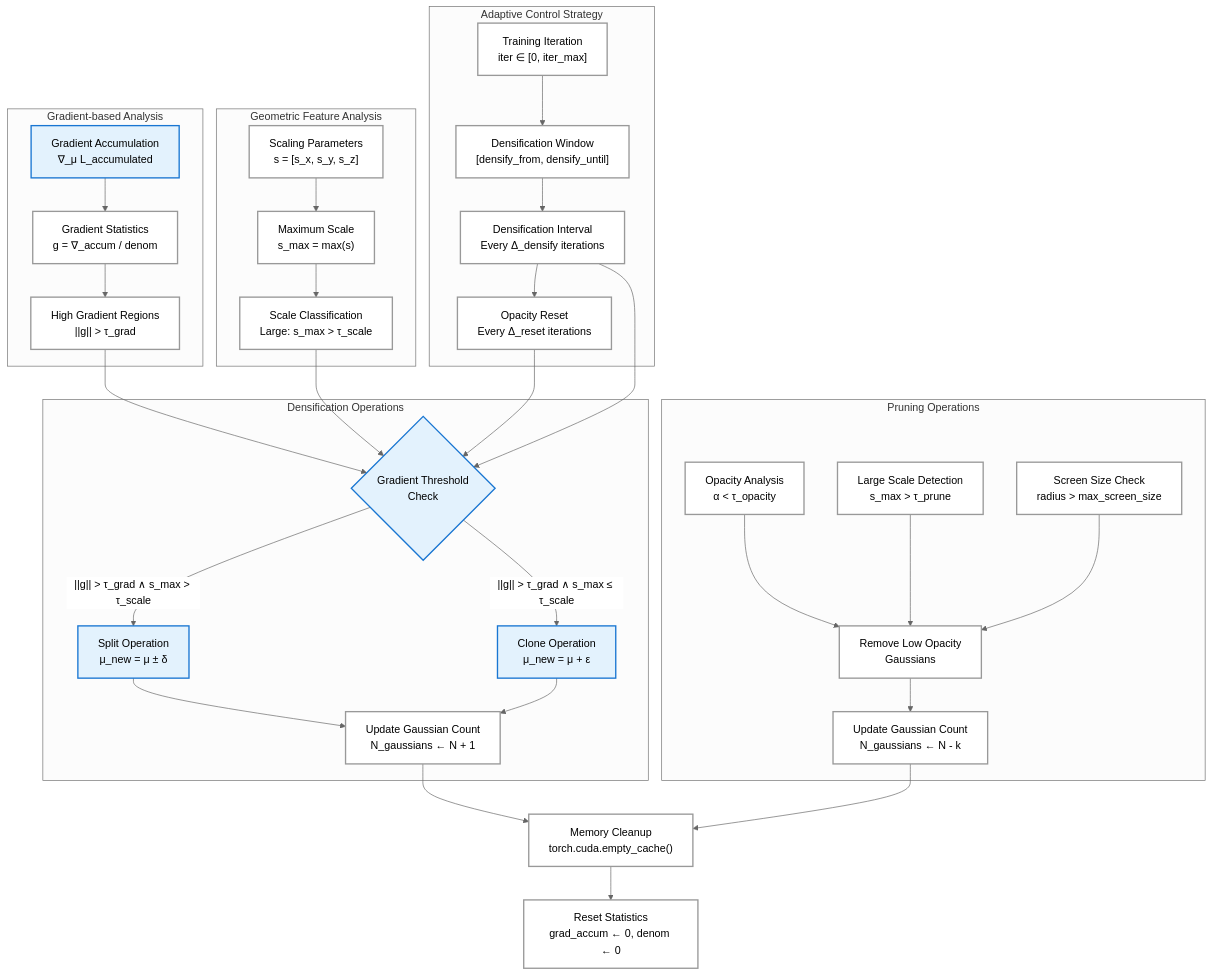
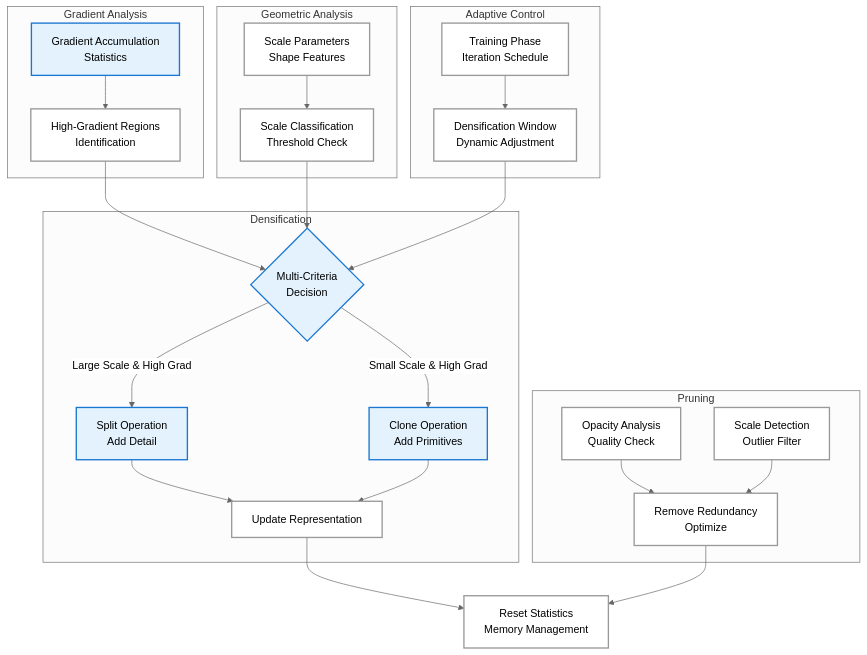
The diagram in figures/mmd/gaussian_densification.mmd (charles1614/thuthesis), drawn with Mermaid (neutral theme) before and after one commit. The commit also changed 14 other files, not shown here.

```diff
--- a/figures/mmd/gaussian_densification.mmd
+++ b/figures/mmd/gaussian_densification.mmd
@@ -1,51 +1,41 @@
 graph TD
-    subgraph GradientAnalysis["Gradient-based Analysis"]
-        A["Gradient Accumulation<br/>∇_μ L_accumulated"]
-        A --> B["Gradient Statistics<br/>g = ∇_accum / denom"]
-        B --> C["High Gradient Regions<br/>||g|| > τ_grad"]
+    subgraph GradientAnalysis["Gradient Analysis"]
+        A["Gradient Accumulation<br/>Statistics"]
+        A --> B["High-Gradient Regions<br/>Identification"]
     end
     
-    subgraph GeometricAnalysis["Geometric Feature Analysis"]
-        D["Scaling Parameters<br/>s = [s_x, s_y, s_z]"]
-        D --> E["Maximum Scale<br/>s_max = max(s)"]
-        E --> F["Scale Classification<br/>Large: s_max > τ_scale"]
+    subgraph GeometricAnalysis["Geometric Analysis"]
+        C["Scale Parameters<br/>Shape Features"]
+        C --> D["Scale Classification<br/>Threshold Check"]
     end
     
-    subgraph DensificationOps["Densification Operations"]
-        C --> G{"Gradient Threshold<br/>Check"}
-        F --> G
-        G -->|"||g|| > τ_grad ∧ s_max > τ_scale"| H["Split Operation<br/>μ_new = μ ± δ"]
-        G -->|"||g|| > τ_grad ∧ s_max ≤ τ_scale"| I["Clone Operation<br/>μ_new = μ + ε"]
-        H --> J["Update Gaussian Count<br/>N_gaussians ← N + 1"]
-        I --> J
+    subgraph DensificationOps["Densification"]
+        B --> E{"Multi-Criteria<br/>Decision"}
+        D --> E
+        E -->|Large Scale & High Grad| F["Split Operation<br/>Add Detail"]
+        E -->|Small Scale & High Grad| G["Clone Operation<br/>Add Primitives"]
+        F --> H["Update Representation"]
+        G --> H
     end
     
-    subgraph PruningOps["Pruning Operations"]
-        K["Opacity Analysis<br/>α < τ_opacity"]
-        L["Large Scale Detection<br/>s_max > τ_prune"]
-        M["Screen Size Check<br/>radius > max_screen_size"]
-        K --> N["Remove Low Opacity<br/>Gaussians"]
-        L --> N
-        M --> N
-        N --> O["Update Gaussian Count<br/>N_gaussians ← N - k"]
+    subgraph PruningOps["Pruning"]
+        I["Opacity Analysis<br/>Quality Check"]
+        J["Scale Detection<br/>Outlier Filter"]
+        I --> K["Remove Redundancy<br/>Optimize"]
+        J --> K
     end
     
-    subgraph AdaptiveControl["Adaptive Control Strategy"]
-        P["Training Iteration<br/>iter ∈ [0, iter_max]"]
-        P --> Q["Densification Window<br/>[densify_from, densify_until]"]
-        Q --> R["Densification Interval<br/>Every Δ_densify iterations"]
-        R --> S["Opacity Reset<br/>Every Δ_reset iterations"]
+    subgraph AdaptiveControl["Adaptive Control"]
+        L["Training Phase<br/>Iteration Schedule"]
+        L --> M["Densification Window<br/>Dynamic Adjustment"]
+        M --> E
     end
     
-    J --> T["Memory Cleanup<br/>torch.cuda.empty_cache()"]
-    O --> T
-    T --> U["Reset Statistics<br/>grad_accum ← 0, denom ← 0"]
-    
-    S --> G
-    R --> G
+    H --> N["Reset Statistics<br/>Memory Management"]
+    K --> N
     
     classDef normalStyle fill:#FFFFFF,stroke:#999999,stroke-width:2px
     classDef importantStyle fill:#E3F2FD,stroke:#1976D2,stroke-width:2px
     
-    class A,G,H,I importantStyle
-    class B,C,D,E,F,J,K,L,M,N,O,P,Q,R,S,T,U normalStyle
+    class A,E,F,G importantStyle
+    class B,C,D,H,I,J,K,L,M,N normalStyle
```
